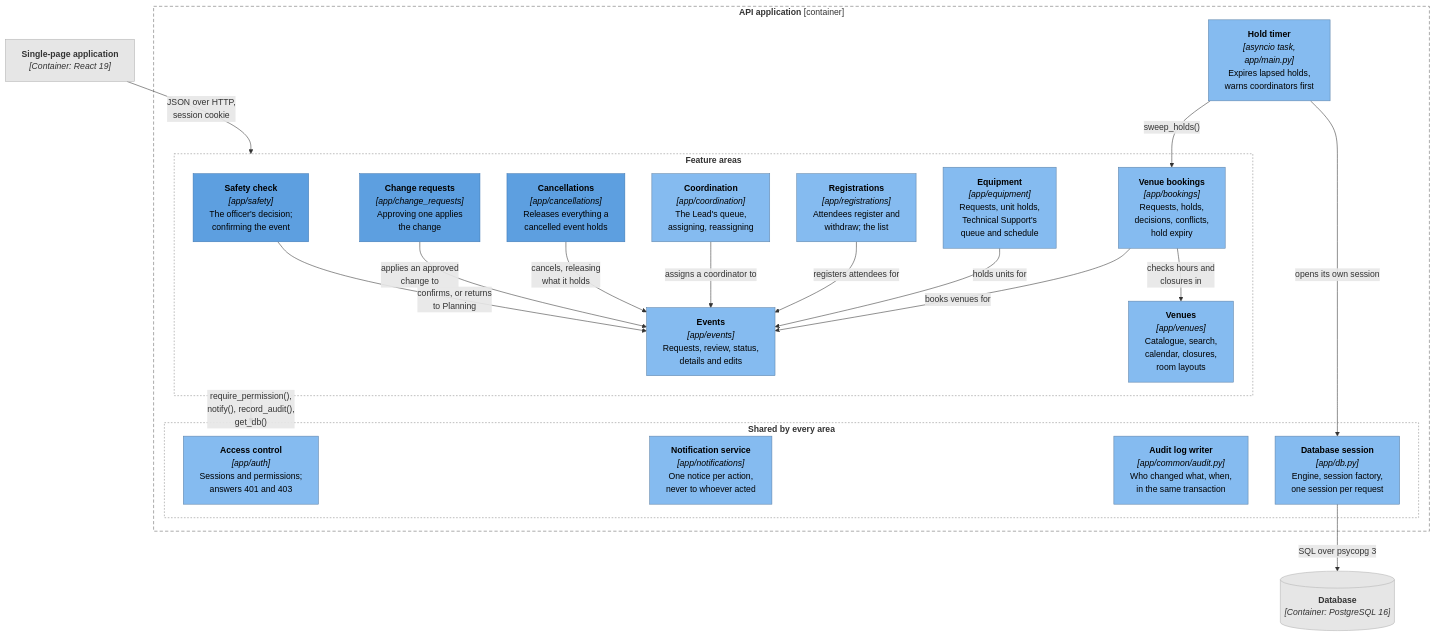
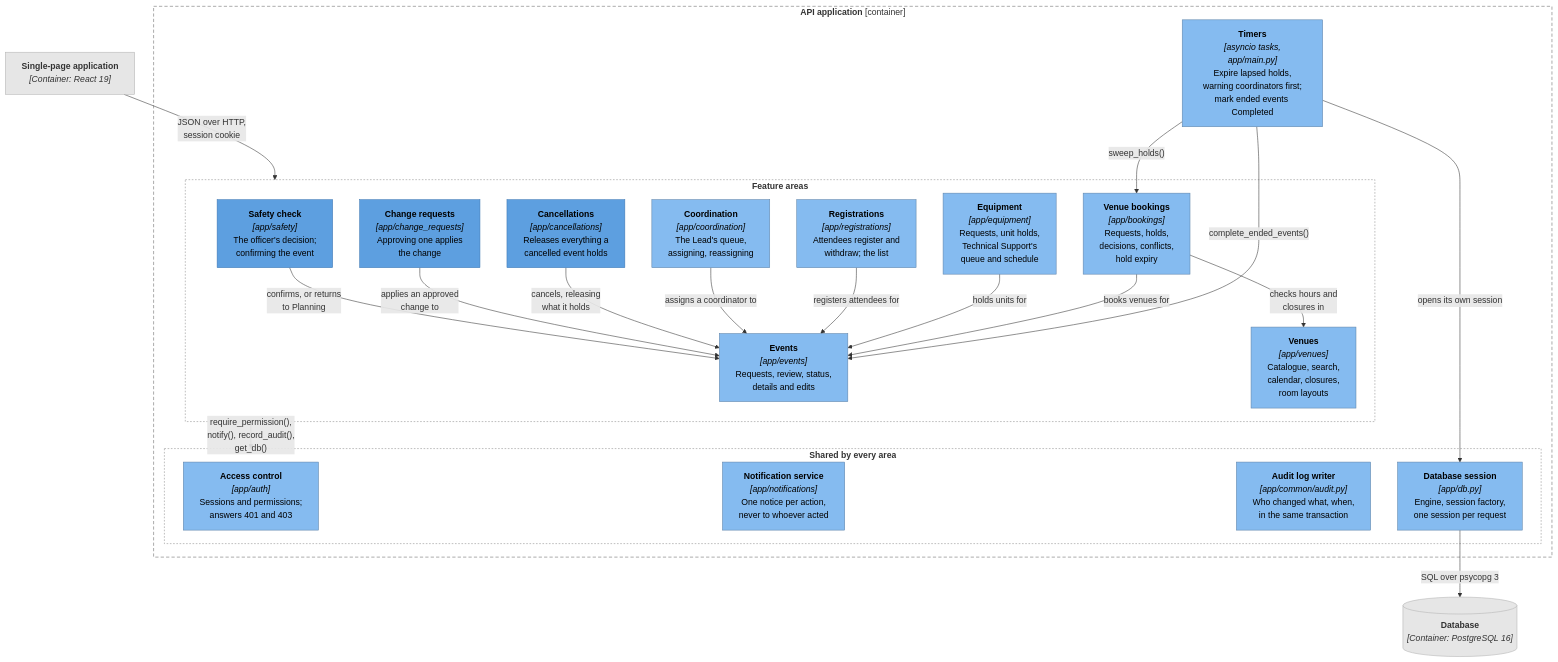
One commit to mecmk/SPM-G5 changed the third of 7 diagrams in docs/C4_MODEL.md. Above: the diagram before and after it, drawn with Mermaid. The commit also changed other lines of this file and 16 other files, not shown here.

Commit message:
fix: mark a Confirmed event Completed once it has ended (f21.2.2) (#195)

````diff
--- a/docs/C4_MODEL.md
+++ b/docs/C4_MODEL.md
@@ -111,51 +111,52 @@
 ```mermaid
 flowchart TB
     classDef component fill:#85bbf0,stroke:#5d82a8,color:#000000
     classDef workflow fill:#5d9fe0,stroke:#3f78b3,color:#000000
     classDef outside fill:#e6e6e6,stroke:#b3b3b3,color:#333333
 
     spa["<b>Single-page application</b><br/><i>[Container: React 19]</i>"]:::outside
 
     subgraph api["<b>API application</b> [container]"]
         subgraph areas["<b>Feature areas</b>"]
             safety["<b>Safety check</b><br/><i>[app/safety]</i><br/>The officer's decision;<br/>confirming the event"]:::workflow
             changes["<b>Change requests</b><br/><i>[app/change_requests]</i><br/>Approving one applies<br/>the change"]:::workflow
             cancellations["<b>Cancellations</b><br/><i>[app/cancellations]</i><br/>Releases everything a<br/>cancelled event holds"]:::workflow
             coordination["<b>Coordination</b><br/><i>[app/coordination]</i><br/>The Lead's queue,<br/>assigning, reassigning"]:::component
             registrations["<b>Registrations</b><br/><i>[app/registrations]</i><br/>Attendees register and<br/>withdraw; the list"]:::component
             equipment["<b>Equipment</b><br/><i>[app/equipment]</i><br/>Requests, unit holds,<br/>Technical Support's<br/>queue and schedule"]:::component
             bookings["<b>Venue bookings</b><br/><i>[app/bookings]</i><br/>Requests, holds,<br/>decisions, conflicts,<br/>hold expiry"]:::component
             events["<b>Events</b><br/><i>[app/events]</i><br/>Requests, review, status,<br/>details and edits"]:::component
             venues["<b>Venues</b><br/><i>[app/venues]</i><br/>Catalogue, search,<br/>calendar, closures,<br/>room layouts"]:::component
         end
-        timer["<b>Hold timer</b><br/><i>[asyncio task,<br/>app/main.py]</i><br/>Expires lapsed holds,<br/>warns coordinators first"]:::component
+        timer["<b>Timers</b><br/><i>[asyncio tasks,<br/>app/main.py]</i><br/>Expire lapsed holds,<br/>warning coordinators first;<br/>mark ended events Completed"]:::component
         subgraph shared["<b>Shared by every area</b>"]
             access["<b>Access control</b><br/><i>[app/auth]</i><br/>Sessions and permissions;<br/>answers 401 and 403"]:::component
             notifications["<b>Notification service</b><br/><i>[app/notifications]</i><br/>One notice per action,<br/>never to whoever acted"]:::component
             audit["<b>Audit log writer</b><br/><i>[app/common/audit.py]</i><br/>Who changed what, when,<br/>in the same transaction"]:::component
             session["<b>Database session</b><br/><i>[app/db.py]</i><br/>Engine, session factory,<br/>one session per request"]:::component
         end
     end
 
     db[("<b>Database</b><br/><i>[Container: PostgreSQL 16]</i>")]:::outside
 
     spa -->|"JSON over HTTP,<br/>session cookie"| areas
     safety -->|"confirms, or returns<br/>to Planning"| events
     changes -->|"applies an approved<br/>change to"| events
     cancellations -->|"cancels, releasing<br/>what it holds"| events
     coordination -->|"assigns a coordinator to"| events
     registrations -->|"registers attendees for"| events
     equipment -->|"holds units for"| events
     bookings -->|"books venues for"| events
     bookings -->|"checks hours and<br/>closures in"| venues
     timer -->|"sweep_holds()"| bookings
+    timer -->|"complete_ended_events()"| events
     areas -->|"require_permission(),<br/>notify(), record_audit(),<br/>get_db()"| shared
     timer -->|"opens its own session"| session
     session -->|"SQL over psycopg 3"| db
     events ~~~ notifications
     venues ~~~ audit
 
     style api fill:none,stroke:#666666,stroke-dasharray:6 4
     style areas fill:none,stroke:#888888,stroke-dasharray:3 3
     style shared fill:none,stroke:#888888,stroke-dasharray:3 3
 ```
````
